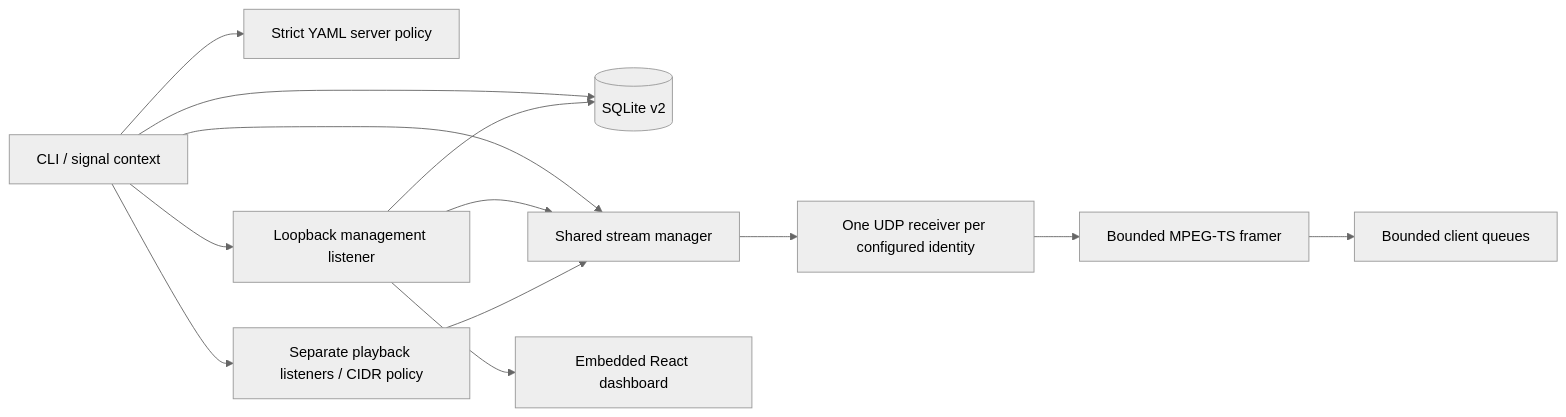
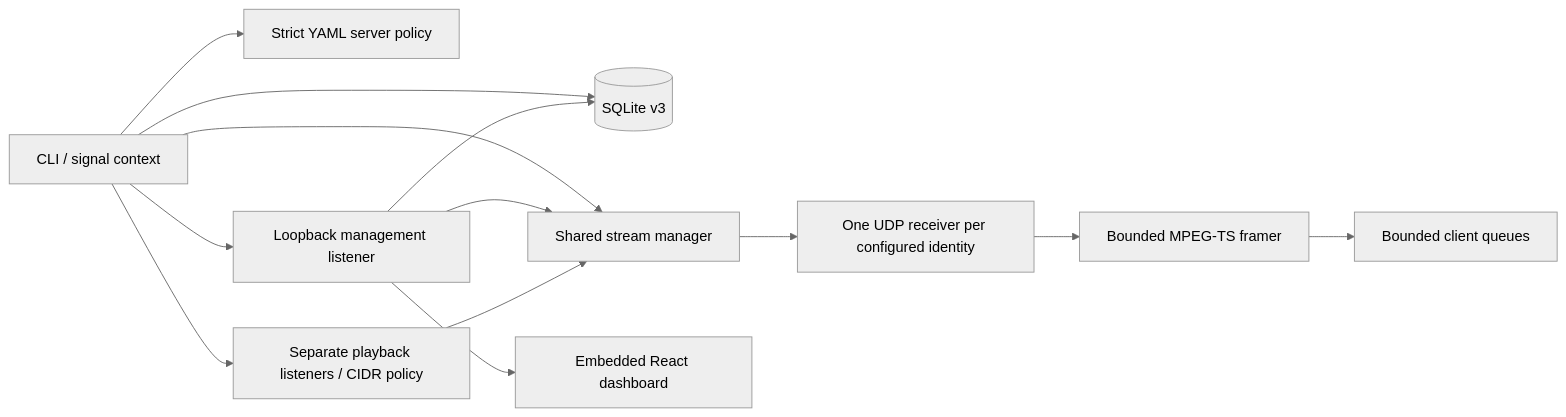
Before and after one commit to afrazafey/UDP-to-HTTP: the first of 2 diagrams in ARCHITECTURE.md, drawn with Mermaid (neutral theme). The commit also changed other lines of this file and 55 other files, not shown here.

````diff
--- a/ARCHITECTURE.md
+++ b/ARCHITECTURE.md
@@ -5,15 +21,15 @@
 ```mermaid
 flowchart LR
   CLI[CLI / signal context] --> Config[Strict YAML server policy]
-  CLI --> DB[(SQLite v2)]
+  CLI --> DB[(SQLite v3)]
   CLI --> Manager[Shared stream manager]
   CLI --> Admin[Loopback management listener]
   CLI --> Playback[Separate playback listeners / CIDR policy]
   Admin --> DB
   Admin --> Manager
   Admin --> UI[Embedded React dashboard]
   Playback --> Manager
   Manager --> UDP[One UDP receiver per configured identity]
   UDP --> TS[Bounded MPEG-TS framer]
   TS --> Queues[Bounded client queues]
 ```
````
